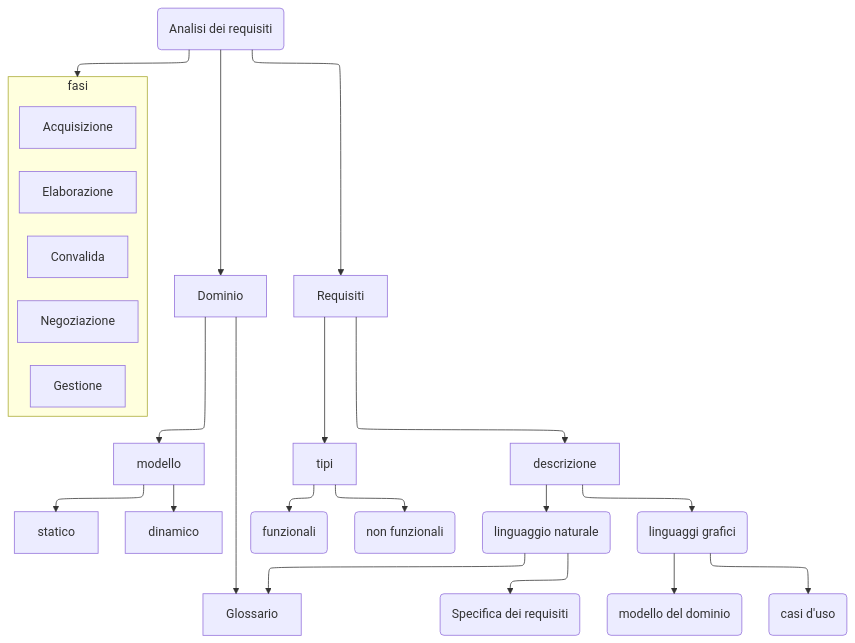
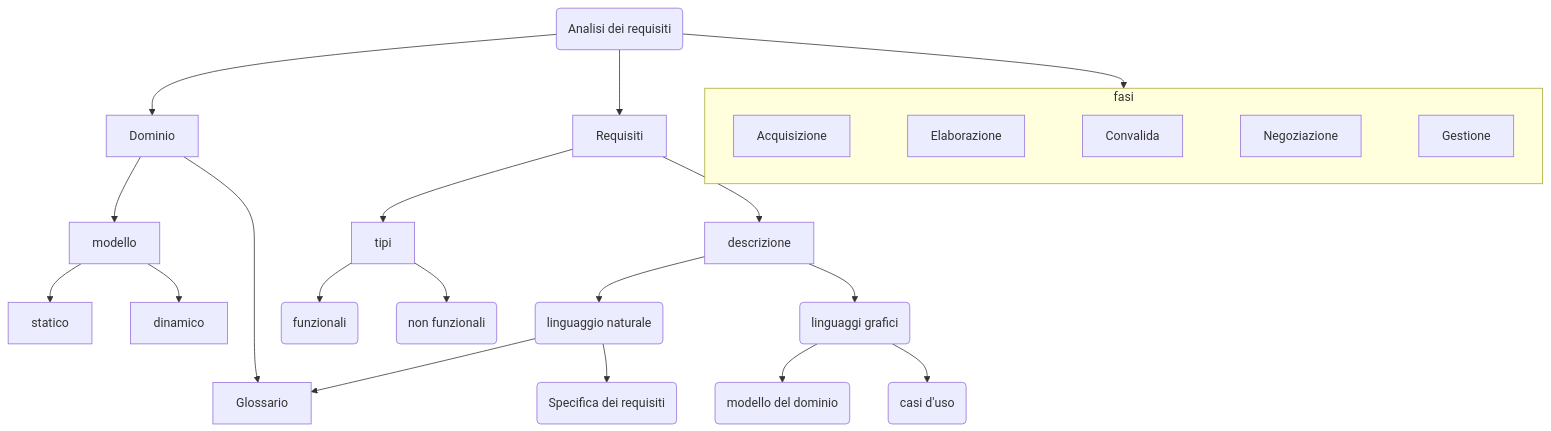
One commit to Firi0n/appunti-unipi changed the first of 5 diagrams in src/content/docs/software_engineering/analisi_requisiti.md. Above: the diagram before and after it, drawn with Mermaid. The commit also changed other lines of this file and 12 other files, not shown here.

````diff
--- a/src/content/docs/software_engineering/analisi_requisiti.md
+++ b/src/content/docs/software_engineering/analisi_requisiti.md
@@ -7,36 +7,29 @@
 ```mermaid
----
-config:
-  layout: elk
-  elk: {
-    nodePlacementStrategy: "NETWORK_SIMPLEX"
-  }
----
 flowchart TB
     AR(Analisi dei requisiti) --> Dominio
     Dominio --> modello
     modello --> statico
     modello --> dinamico
     Dominio --> Glossario
 
     AR --> Requisiti
     Requisiti --> tipi
     tipi --> fn(funzionali)
     tipi --> nfn(non funzionali)
     Requisiti --> descrizione
     descrizione --> lin_nat(linguaggio naturale)
     lin_nat --> Glossario
     lin_nat --> spec_req(Specifica dei requisiti)
     descrizione --> lin_graf(linguaggi grafici)
     lin_graf --> dominio(modello del dominio)
     lin_graf --> casi_uso(casi d'uso)
 
     AR --> fasi
     subgraph fasi
         Acquisizione ~~~
         Elaborazione ~~~
         Convalida ~~~
         Negoziazione ~~~
         Gestione
     end
 ```
````
